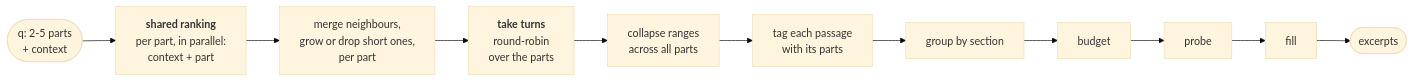
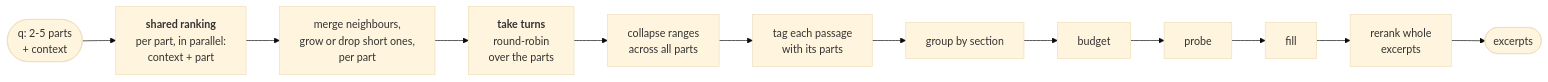
The third of 3 diagrams in docs/search.md (haskian/haskie), drawn with Mermaid (base theme) before and after one commit. The commit also changed other lines of this file and 80 other files, not shown here.

````diff
--- a/docs/search.md
+++ b/docs/search.md
@@ -306,9 +316,9 @@
 ```mermaid
 flowchart LR
     asked(["q: 2-5 parts<br/>+ context"]) --> each["<b>shared ranking</b><br/>per part, in parallel:<br/>context + part"]
     each --> ranges["merge neighbours,<br/>grow or drop short ones,<br/>per part"]
     ranges --> turns["<b>take turns</b><br/>round-robin<br/>over the parts"]
     turns --> fold["collapse ranges<br/>across all parts"]
     fold --> tag["tag each passage<br/>with its parts"]
-    tag --> group["group by section"] --> budget["budget"] --> probe["probe"] --> fill["fill"] --> excerpts(["excerpts"])
+    tag --> group["group by section"] --> budget["budget"] --> probe["probe"] --> fill["fill"] --> rerankx["rerank whole<br/>excerpts"] --> excerpts(["excerpts"])
 ```
````
